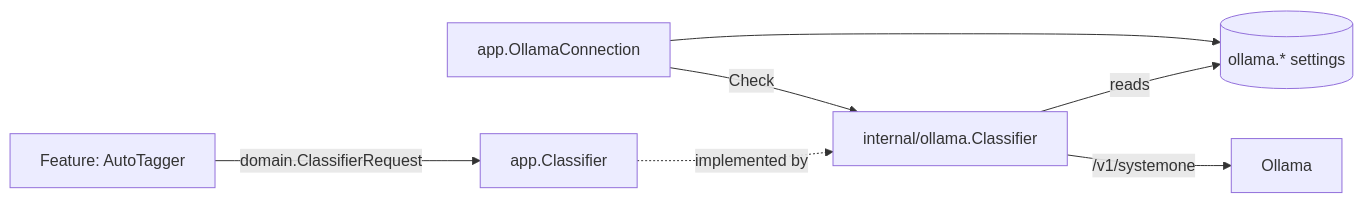
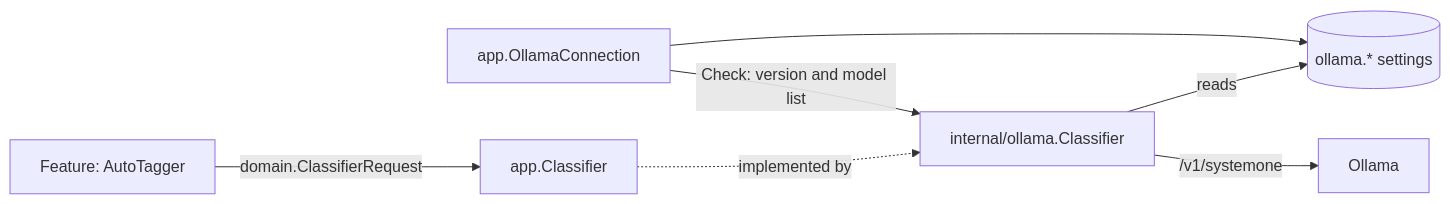
One commit to syudead/vv changed the diagram in docs/design-docs/ai-layer.md. Above: the diagram before and after it, drawn with Mermaid. The commit also changed other lines of this file and 21 other files, not shown here.

````diff
--- a/docs/design-docs/ai-layer.md
+++ b/docs/design-docs/ai-layer.md
@@ -9,9 +9,9 @@
 ```mermaid
 flowchart LR
   feature[Feature: AutoTagger] -->|domain.ClassifierRequest| port[app.Classifier]
   port -.->|implemented by| ollama[internal/ollama.Classifier]
   ollama -->|reads| settings[(ollama.* settings)]
   ollama -->|/v1/systemone| server[Ollama]
   conn[app.OllamaConnection] --> settings
-  conn -->|Check| ollama
+  conn -->|Check: version and model list| ollama
 ```
````
